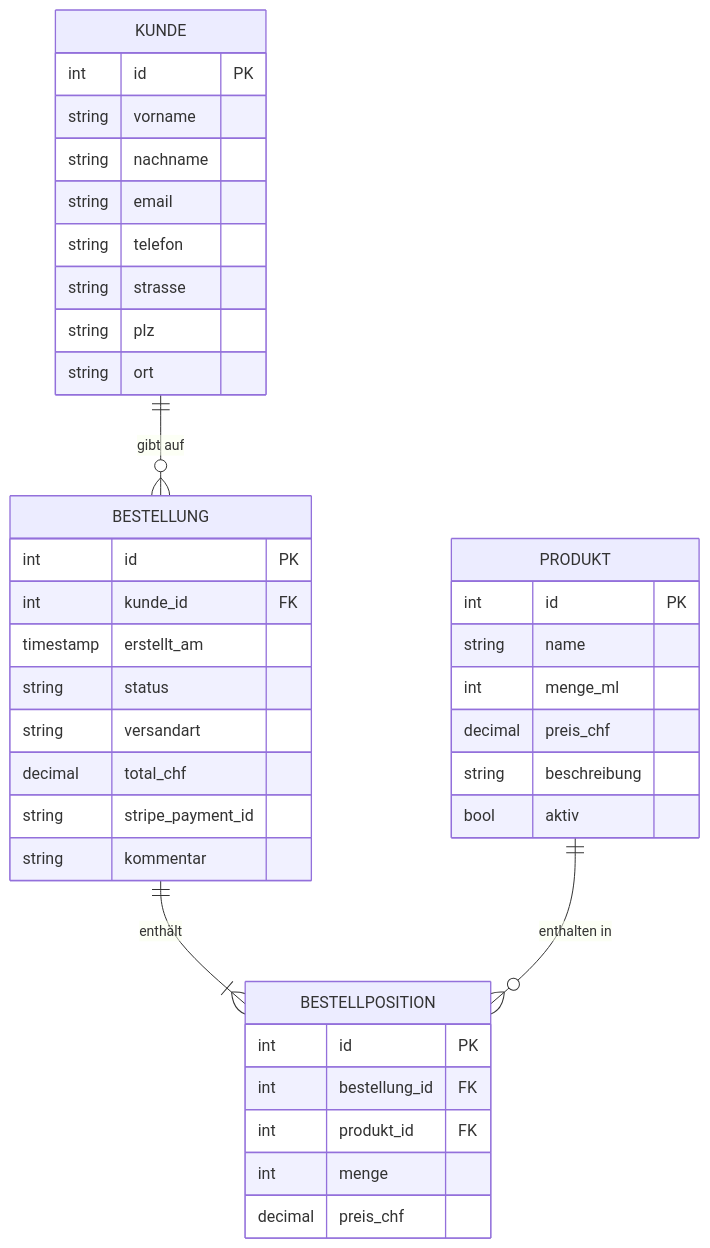
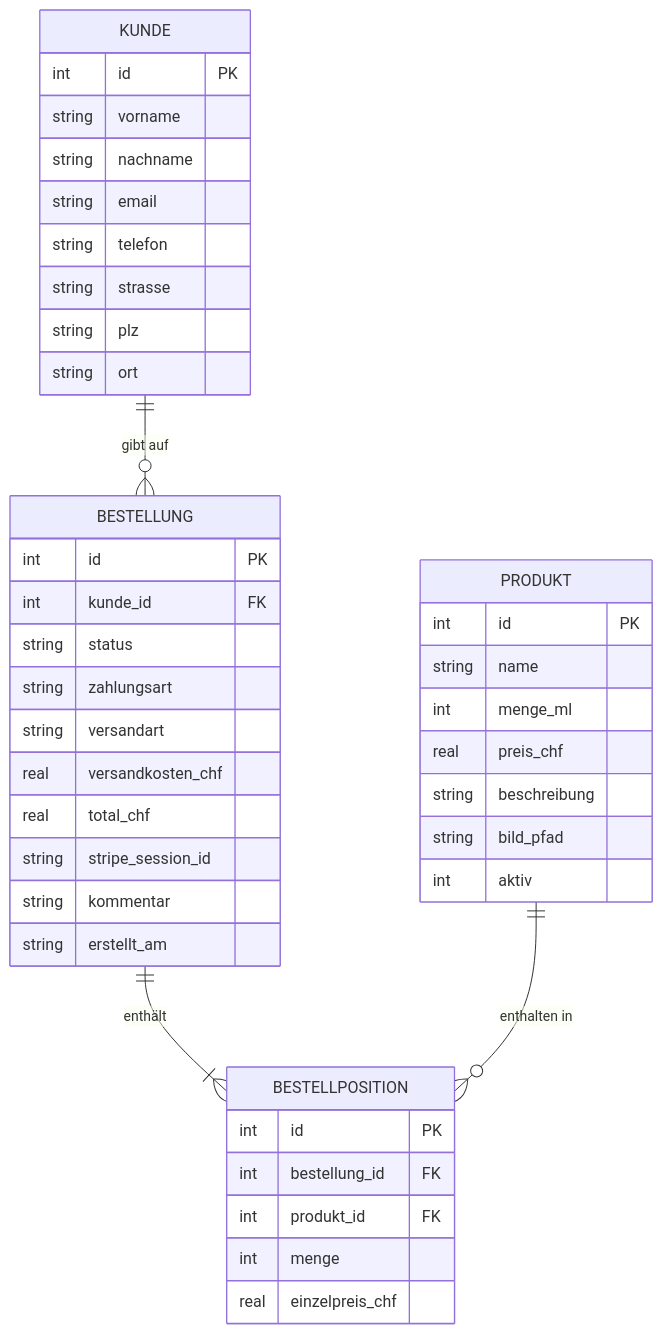
The diagram in docs/datenbankschema.md (konstantinniedermann/olivalle-webshop), drawn with Mermaid before and after one commit. The commit also changed other lines of this file and 7 other files, not shown here.

````diff
--- a/docs/datenbankschema.md
+++ b/docs/datenbankschema.md
@@ -5,45 +7,48 @@
 ```mermaid
 erDiagram
     PRODUKT {
         int id PK
         string name
         int menge_ml
-        decimal preis_chf
+        real preis_chf
         string beschreibung
-        bool aktiv
+        string bild_pfad
+        int aktiv
     }
 
     KUNDE {
         int id PK
         string vorname
         string nachname
         string email
         string telefon
         string strasse
         string plz
         string ort
     }
 
     BESTELLUNG {
         int id PK
         int kunde_id FK
-        timestamp erstellt_am
         string status
+        string zahlungsart
         string versandart
-        decimal total_chf
-        string stripe_payment_id
+        real versandkosten_chf
+        real total_chf
+        string stripe_session_id
         string kommentar
+        string erstellt_am
     }
 
     BESTELLPOSITION {
         int id PK
         int bestellung_id FK
         int produkt_id FK
         int menge
-        decimal preis_chf
+        real einzelpreis_chf
     }
 
     KUNDE ||--o{ BESTELLUNG : "gibt auf"
     BESTELLUNG ||--|{ BESTELLPOSITION : "enthält"
     PRODUKT ||--o{ BESTELLPOSITION : "enthalten in"
 ```
````
